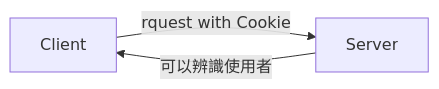
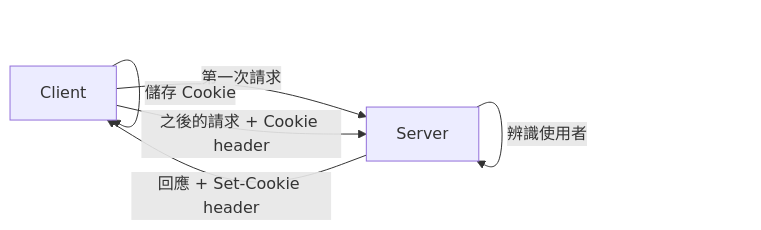
Before and after one commit to hati8haha/portfolio: the diagram in _posts/cookie.md, drawn with Mermaid. The commit also changed other lines of this file and 43 other files, not shown here.

````diff
--- a/_posts/cookie.md
+++ b/_posts/cookie.md
@@ -23,5 +21,8 @@
 ```mermaid
 graph LR
-A[Client] -- rquest with Cookie --> B[Server]
-B -- 可以辨識使用者 --> A
+    A[Client] -- 第一次請求 --> B[Server]
+    B -- 回應 + Set-Cookie header --> A
+    A -- 儲存 Cookie --> A
+    A -- 之後的請求 + Cookie header --> B
+    B -- 辨識使用者 --> B
 ```
````
